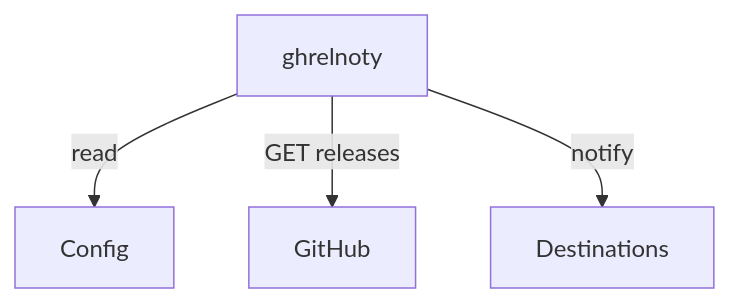
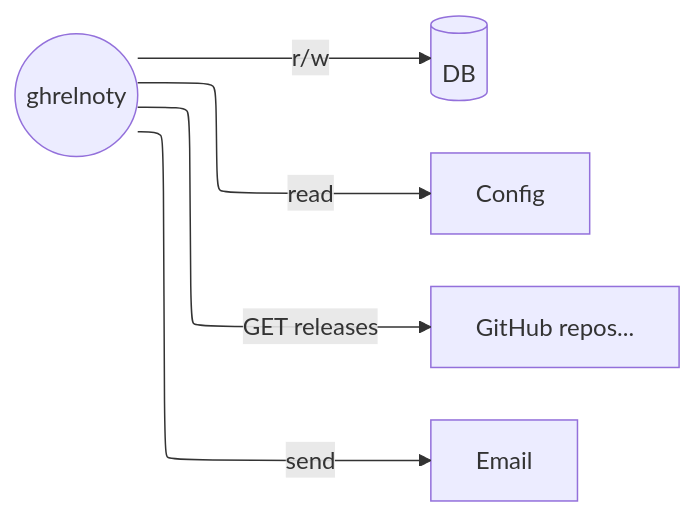
The first of 2 diagrams in README.md (davquar/ghrelnoty), drawn with Mermaid before and after one commit. The commit also changed other lines of this file and 2 other files, not shown here.

````diff
--- a/README.md
+++ b/README.md
@@ -17,7 +42,12 @@
 ```mermaid
-graph TD
+%%{init: {"flowchart": {"defaultRenderer": "elk"}} }%%
+graph LR
 
+ghrelnoty((ghrelnoty))
+db[(DB)]
+
+ghrelnoty -- r/w --> db
 ghrelnoty -- read --> Config
-ghrelnoty -- GET releases --> GitHub
-ghrelnoty -- notify --> Destinations
+ghrelnoty -- GET releases --> gh[GitHub repos...]
+ghrelnoty -- send --> Email
 ```
````
